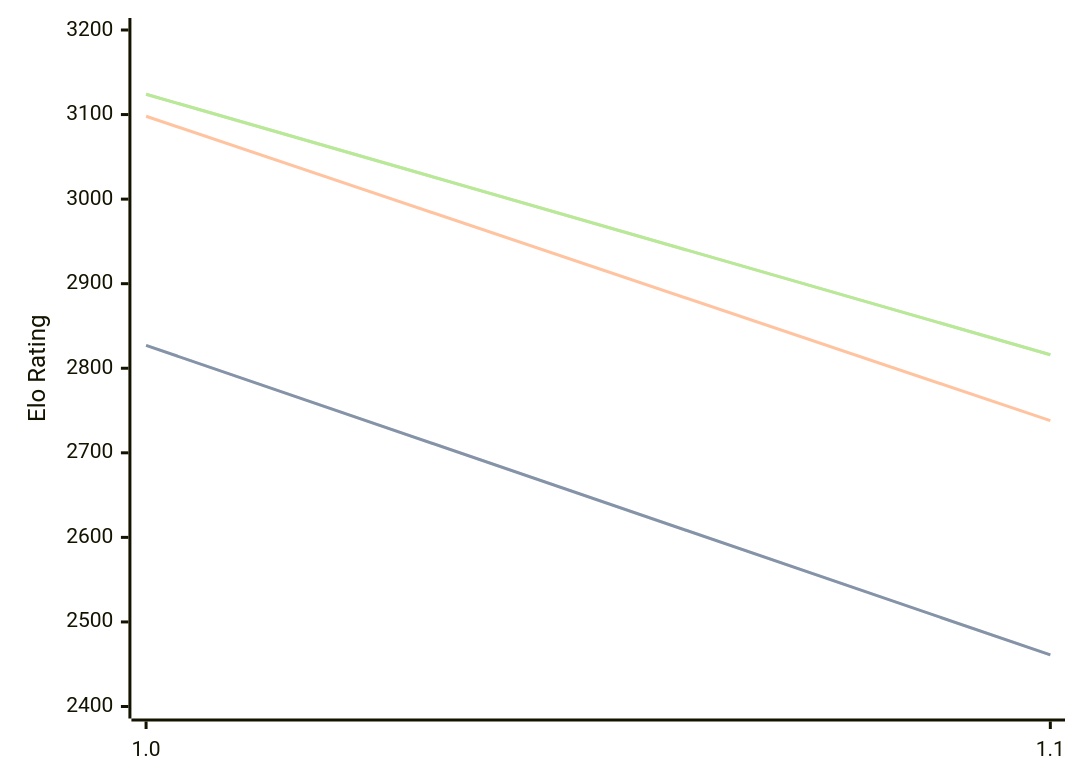
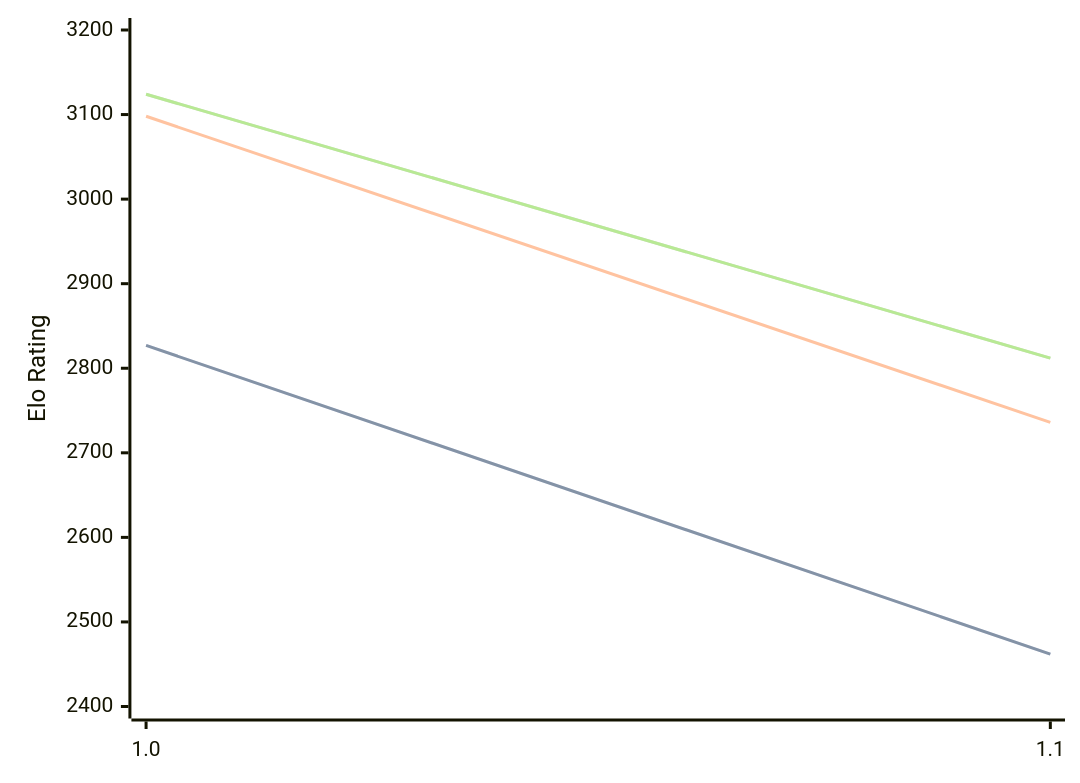
The diagram in engines/Publius.md (computer-chess-index/cci), drawn with Mermaid before and after one commit. The commit also changed other lines of this file, not shown here.

Commit message:
Update CCI Ratings (ELO VLTC) - 2026-08-01

````diff
--- a/engines/Publius.md
+++ b/engines/Publius.md
@@ -32,11 +32,11 @@
 ```mermaid
 %%{init: {"theme":"base","themeVariables":{"seriesColors:['#a3a3a3','#222221','#faa371']}}}%%
 xychart-beta
   x-axis ["1.0", "1.1"]
   y-axis "Elo Rating" 2400 --> 3200
-  line "STC (8.0+0.08s)" [2827, 2461]
-  line "STC (8.0+0.08s)" [2827, 2461]
-  line "LTC (60.0+0.60s)" [3098, 2738]
-  line "VLTC (2m24s+1.12s)" [3124, 2816]
-  line "VLTC (2m24s+1.12s)" [3124, 2816]
+  line "STC (8.0+0.08s)" [2827, 2462]
+  line "STC (8.0+0.08s)" [2827, 2462]
+  line "LTC (60.0+0.60s)" [3098, 2736]
+  line "VLTC (2m24s+1.12s)" [3124, 2812]
+  line "VLTC (2m24s+1.12s)" [3124, 2812]
 ```
````
